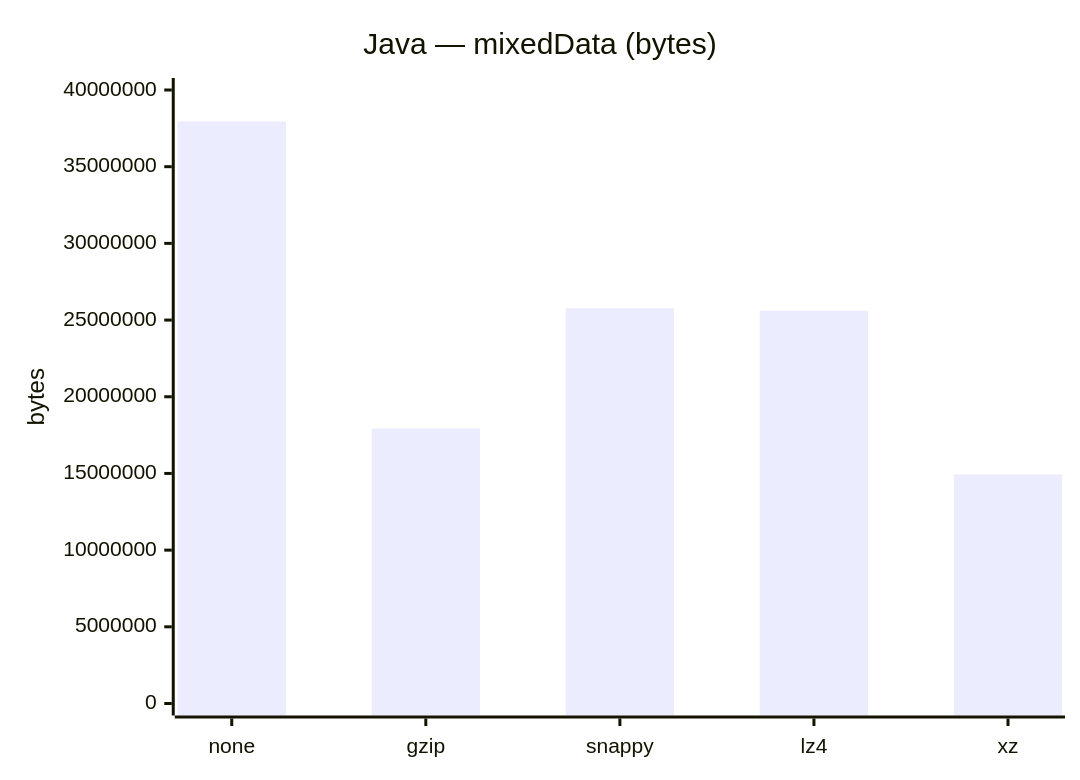
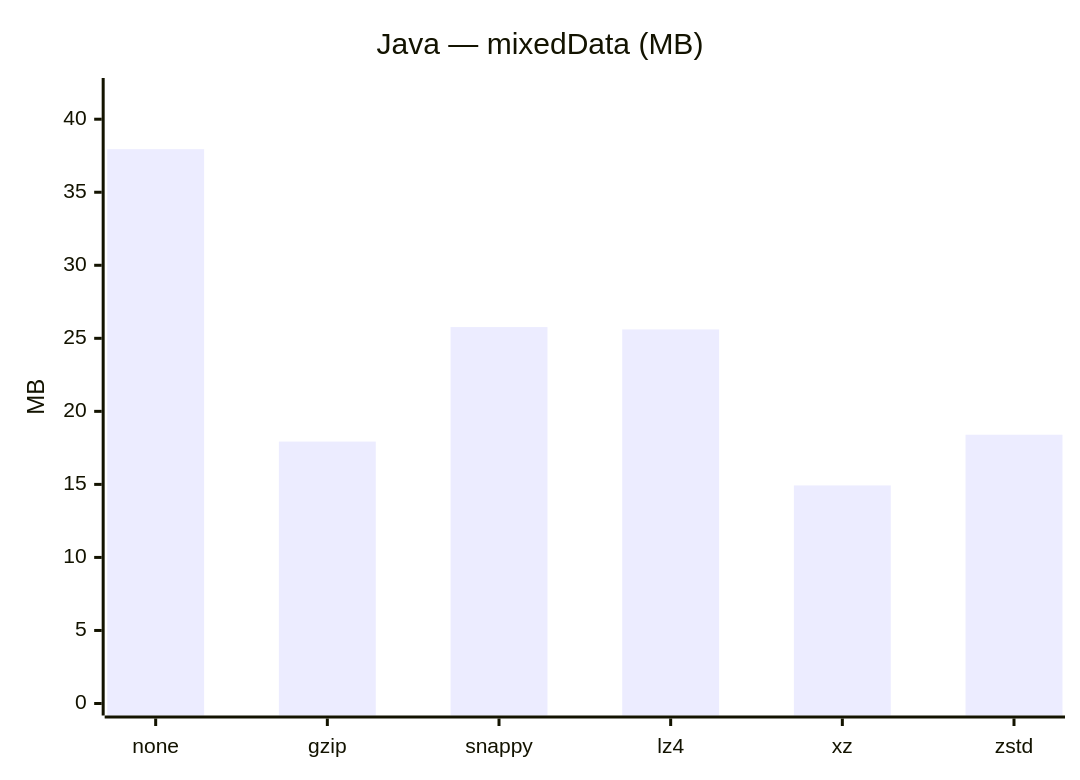
The first of 33 diagrams in results/2026/file-sizes.md (nryanov/SerializationBenchmark), drawn with Mermaid before and after one commit. The commit also changed other lines of this file, not shown here.

Commit message:
doc: update file size charts

````diff
--- a/results/2026/file-sizes.md
+++ b/results/2026/file-sizes.md
@@ -16,8 +16,8 @@
 ```mermaid
-%%{init: {"config": {"xyChart": {"width": 525, "height": 360}}}}%%
+%%{init: {"config": {"xyChart": {"width": 610, "height": 360}}}}%%
 xychart-beta
-    title "Java — mixedData (bytes)"
-    x-axis ["none", "gzip", "snappy", "lz4", "xz"]
-    y-axis "bytes" 0 --> 40000000
-    bar [37951093, 17930372, 25773738, 25605777, 14933072]
+    title "Java — mixedData (MB)"
+    x-axis ["none", "gzip", "snappy", "lz4", "xz", "zstd"]
+    y-axis "MB" 0 --> 42
+    bar [37.95, 17.93, 25.77, 25.61, 14.93, 18.4]
 ```
````
